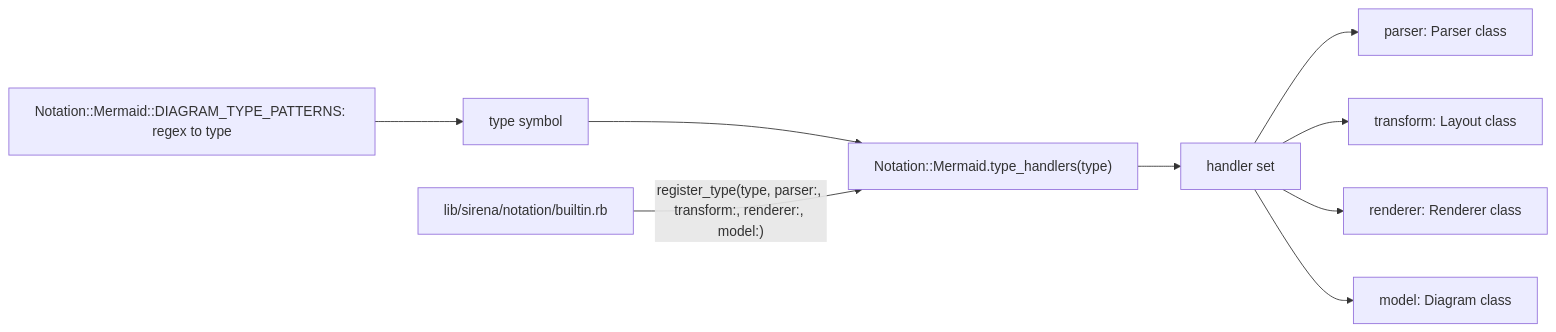
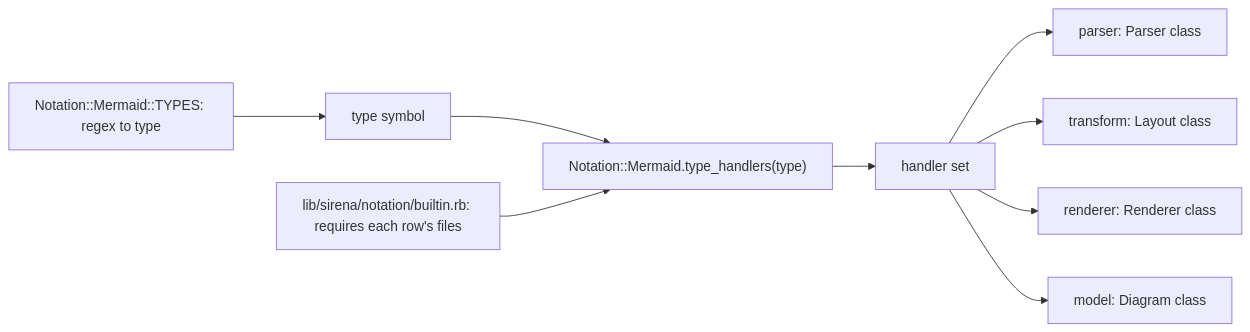
One commit to claricle/sirena changed the third of 3 diagrams in ARCHITECTURE.md. Above: the diagram before and after it, drawn with Mermaid. The commit also changed other lines of this file and 1 other file, not shown here.

Commit message:
fix ARCHITECTURE registry claims

````diff
--- a/ARCHITECTURE.md
+++ b/ARCHITECTURE.md
@@ -630,11 +629,11 @@
 ```mermaid
 flowchart LR
-    Pat["Notation::Mermaid::DIAGRAM_TYPE_PATTERNS: regex to type"] --> Type["type symbol"]
+    Pat["Notation::Mermaid::TYPES: regex to type"] --> Type["type symbol"]
     Type --> Get["Notation::Mermaid.type_handlers(type)"]
     Get --> H["handler set"]
     H --> Pa["parser: Parser class"]
     H --> Tr["transform: Layout class"]
     H --> Re["renderer: Renderer class"]
     H --> Mo["model: Diagram class"]
-    Boot["lib/sirena/notation/builtin.rb"] -->|"register_type(type, parser:, transform:, renderer:, model:)"| Get
+    Boot["lib/sirena/notation/builtin.rb: requires each row's files"] --> Get
 ```
````
